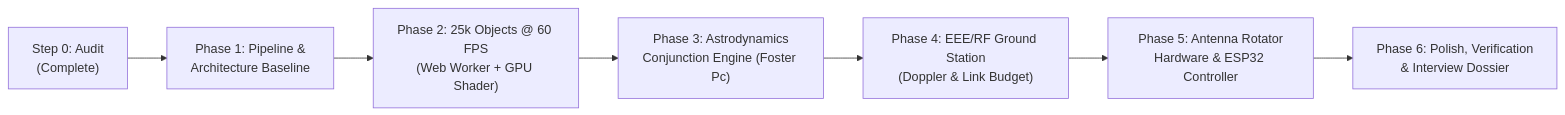
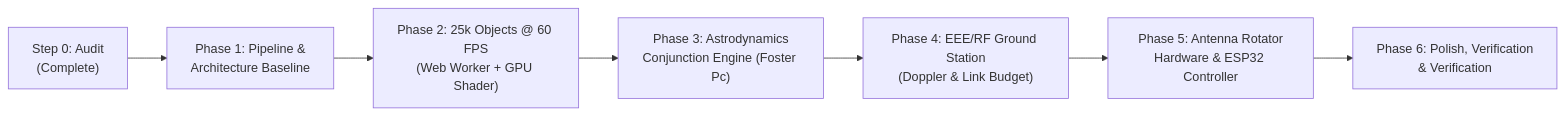
The second of 2 diagrams in docs/AUDIT.md (Hitesh070/ISRO-Orbit-Watch), drawn with Mermaid before and after one commit. The commit also changed other lines of this file and 10 other files, not shown here.

````diff
--- a/docs/AUDIT.md
+++ b/docs/AUDIT.md
@@ -294,9 +294,9 @@
 ```mermaid
 flowchart LR
     P0["Step 0: Audit\n(Complete)"] --> P1["Phase 1: Pipeline &\nArchitecture Baseline"]
     P1 --> P2["Phase 2: 25k Objects @ 60 FPS\n(Web Worker + GPU Shader)"]
     P2 --> P3["Phase 3: Astrodynamics\nConjunction Engine (Foster Pc)"]
     P3 --> P4["Phase 4: EEE/RF Ground Station\n(Doppler & Link Budget)"]
     P4 --> P5["Phase 5: Antenna Rotator\nHardware & ESP32 Controller"]
-    P5 --> P6["Phase 6: Polish, Verification\n& Interview Dossier"]
+    P5 --> P6["Phase 6: Polish, Verification\n& Verification"]
 ```
````
